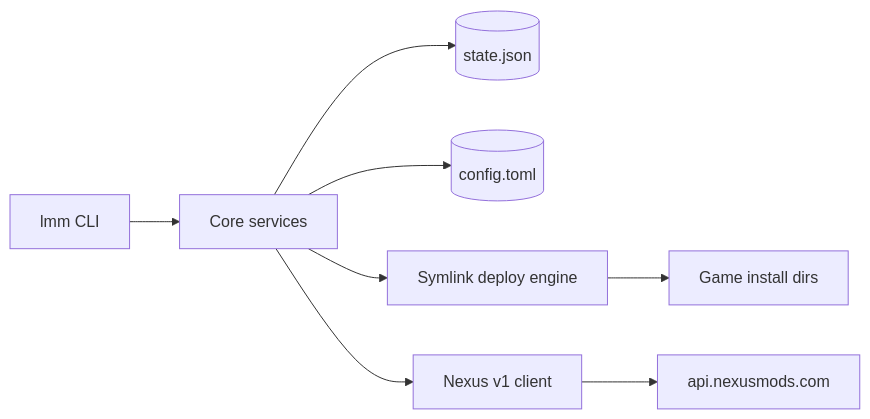
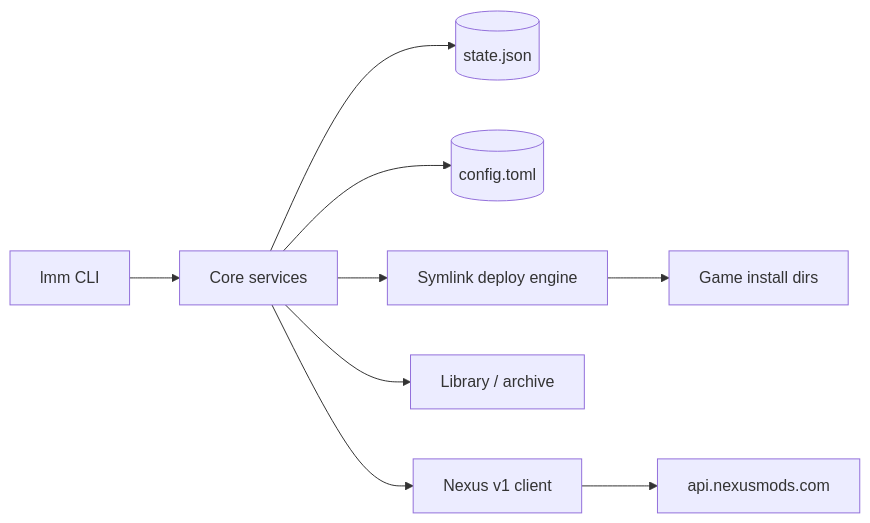
Before and after one commit to Aapok0/linux-mod-manager: the diagram in .cursor/skills/linux-mod-manager/SKILL.md, drawn with Mermaid. The commit also changed other lines of this file and 20 other files, not shown here.

````diff
--- a/.cursor/skills/linux-mod-manager/SKILL.md
+++ b/.cursor/skills/linux-mod-manager/SKILL.md
@@ -39,10 +40,11 @@
 ```mermaid
 flowchart LR
   cli[lmm CLI] --> core[Core services]
   core --> state[(state.json)]
   core --> cfg[(config.toml)]
   core --> deploy[Symlink deploy engine]
+  core --> library[Library / archive]
   core --> nexus[Nexus v1 client]
   deploy --> game[Game install dirs]
   nexus --> api[api.nexusmods.com]
 ```
````
